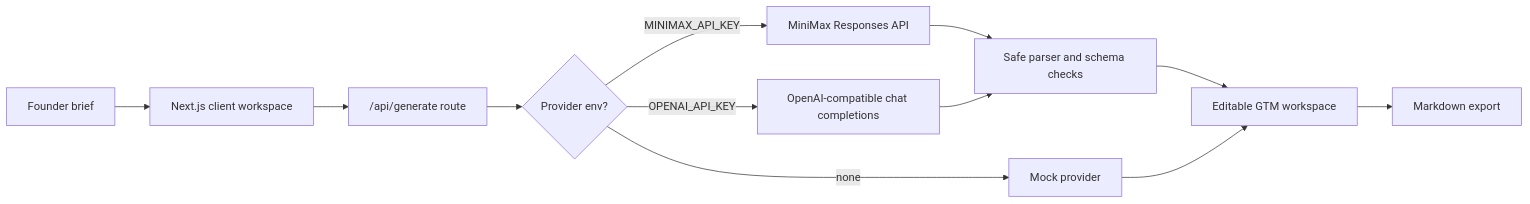
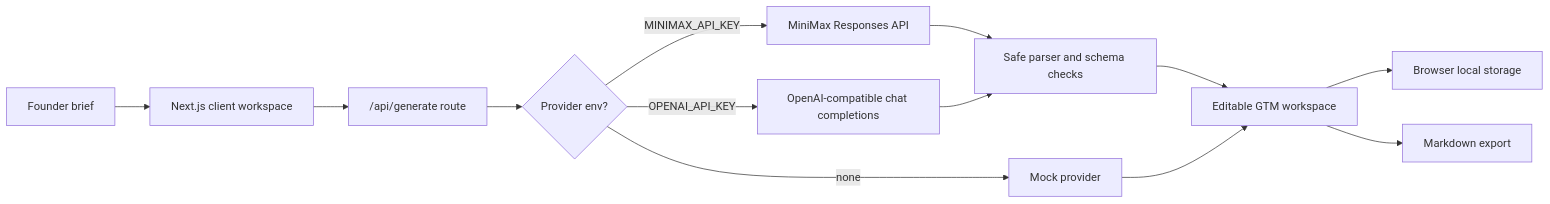
The diagram in README.md (Zhi-Chao-PAN/launchlens-ai), drawn with Mermaid before and after one commit. The commit also changed other lines of this file and 9 other files, not shown here.

````diff
--- a/README.md
+++ b/README.md
@@ -89,14 +92,15 @@
 ```mermaid
 flowchart LR
   A["Founder brief"] --> B["Next.js client workspace"]
   B --> C["/api/generate route"]
   C --> D{"Provider env?"}
   D -->|"none"| E["Mock provider"]
   D -->|"MINIMAX_API_KEY"| F["MiniMax Responses API"]
   D -->|"OPENAI_API_KEY"| G["OpenAI-compatible chat completions"]
   F --> H["Safe parser and schema checks"]
   G --> H
   H --> I["Editable GTM workspace"]
   E --> I
-  I --> J["Markdown export"]
+  I --> J["Browser local storage"]
+  I --> K["Markdown export"]
 ```
````
